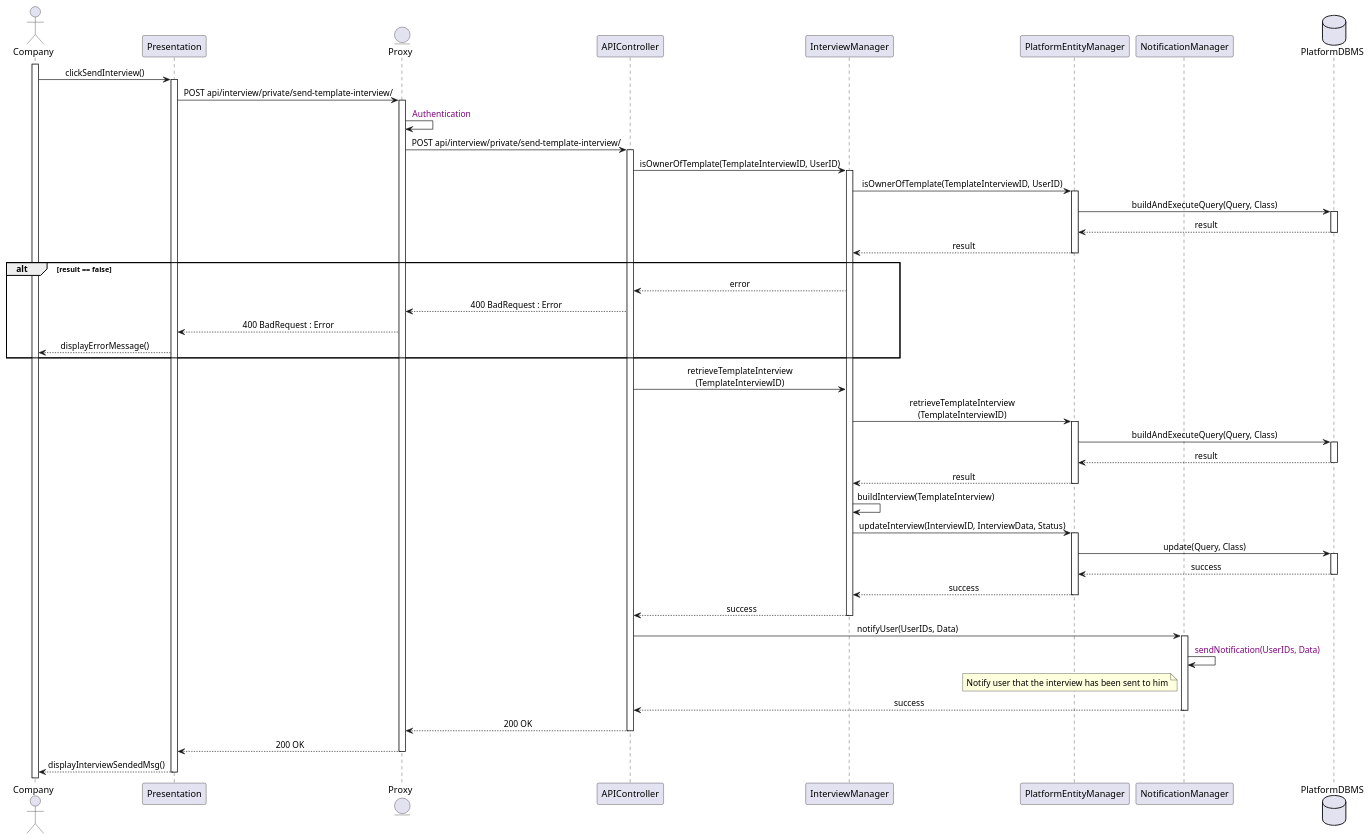
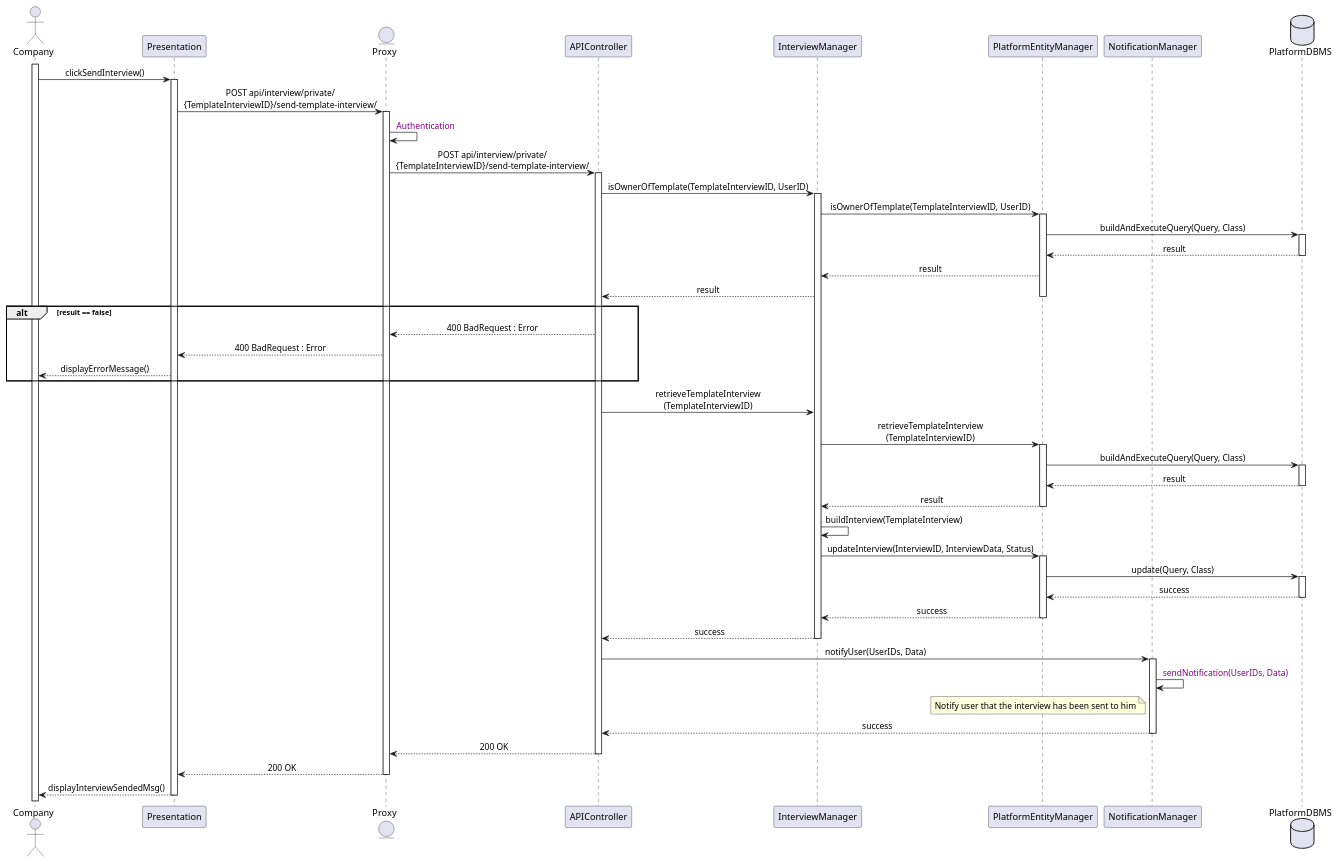
One commit to Slaitroc/RicciPaoliGrisoni changed the diagram in Diagrams/SequenceDiagrams/DD/23CompanySendTemplateInterview.wsd. Above: the diagram before and after it, drawn with PlantUML.

Commit message:
Refactor 23CompanySendTemplateInterview.wsd to include TemplateInterviewID in API calls

```diff
--- a/Diagrams/SequenceDiagrams/DD/23CompanySendTemplateInterview.wsd
+++ b/Diagrams/SequenceDiagrams/DD/23CompanySendTemplateInterview.wsd
@@ -1,70 +1,70 @@
 @startuml 23CompanySendSavedInterview
 skinparam sequenceMessageAlign center
 actor Company
 participant Presentation
 entity Proxy
 participant APIController
 participant InterviewManager
 participant PlatformEntityManager
 participant NotificationManager
 database PlatformDBMS
 
 activate Company
 Company -> Presentation : clickSendInterview()
 activate Presentation
 'body contain the InterviewID and TemplateInterviewID
-Presentation -> Proxy : POST api/interview/private/send-template-interview/
+Presentation -> Proxy : POST api/interview/private/\n{TemplateInterviewID}/send-template-interview/
 activate Proxy
 Proxy -> Proxy : <color:purple> Authentication
-Proxy -> APIController : POST api/interview/private/send-template-interview/
+Proxy -> APIController : POST api/interview/private/\n{TemplateInterviewID}/send-template-interview/
 activate APIController
 APIController -> InterviewManager : isOwnerOfTemplate(TemplateInterviewID, UserID)
 activate InterviewManager
 InterviewManager -> PlatformEntityManager : isOwnerOfTemplate(TemplateInterviewID, UserID)
 activate PlatformEntityManager
 PlatformEntityManager -> PlatformDBMS : buildAndExecuteQuery(Query, Class)
 activate PlatformDBMS
 PlatformDBMS --> PlatformEntityManager : result
 deactivate PlatformDBMS
 PlatformEntityManager --> InterviewManager : result
+InterviewManager --> APIController : result
 deactivate PlatformEntityManager
 alt result == false
-    InterviewManager --> APIController : error
     APIController --> Proxy : 400 BadRequest : Error
     Proxy --> Presentation : 400 BadRequest : Error
     Presentation --> Company : displayErrorMessage()
 end
 APIController -> InterviewManager : retrieveTemplateInterview\n(TemplateInterviewID)
 InterviewManager -> PlatformEntityManager : retrieveTemplateInterview\n(TemplateInterviewID)
 activate PlatformEntityManager
 PlatformEntityManager -> PlatformDBMS : buildAndExecuteQuery(Query, Class)
 activate PlatformDBMS
 PlatformDBMS --> PlatformEntityManager : result
 deactivate PlatformDBMS
 PlatformEntityManager --> InterviewManager : result
 deactivate PlatformEntityManager
 'this return the InterviewData
 InterviewManager -> InterviewManager : buildInterview(TemplateInterview)
 InterviewManager -> PlatformEntityManager : updateInterview(InterviewID, InterviewData, Status)
 activate PlatformEntityManager
 PlatformEntityManager -> PlatformDBMS : update(Query, Class)
 activate PlatformDBMS
 PlatformDBMS --> PlatformEntityManager : success
 deactivate PlatformDBMS
 PlatformEntityManager --> InterviewManager : success
 deactivate PlatformEntityManager
 InterviewManager --> APIController : success
 deactivate InterviewManager
 APIController -> NotificationManager : notifyUser(UserIDs, Data)
 activate NotificationManager
 NotificationManager -> NotificationManager : <color:purple> sendNotification(UserIDs, Data)
 note left of NotificationManager : Notify user that the interview has been sent to him
 NotificationManager --> APIController : success
 deactivate NotificationManager
 APIController --> Proxy : 200 OK
 deactivate APIController
 Proxy --> Presentation : 200 OK
 deactivate Proxy
 Presentation --> Company : displayInterviewSendedMsg()
 deactivate Presentation
 @enduml
```
